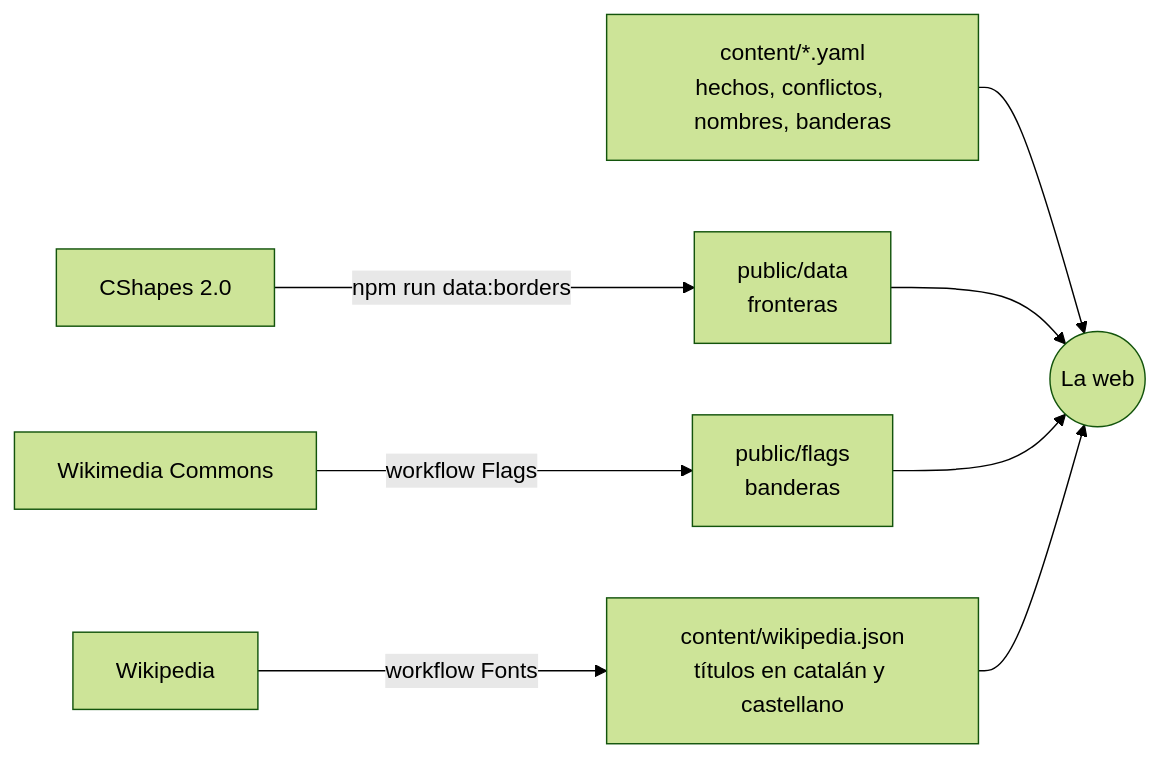
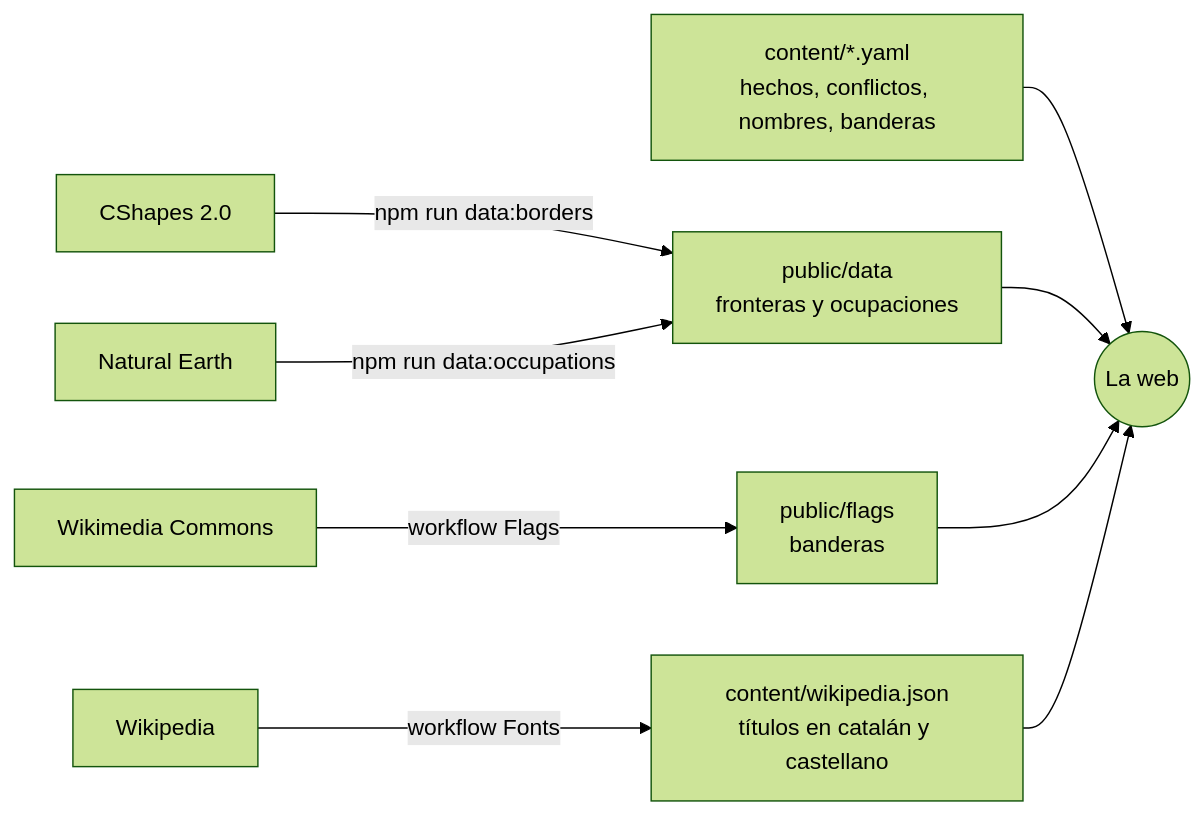
Before and after one commit to ArnauM13/history-map: the diagram in README.es.md, drawn with Mermaid (forest theme). The commit also changed other lines of this file and 67 other files, not shown here.

````diff
--- a/README.es.md
+++ b/README.es.md
@@ -96,10 +99,11 @@
 ```mermaid
 flowchart LR
-  cshapes["CShapes 2.0"] -- "npm run data:borders" --> data["public/data<br/>fronteras"]
+  cshapes["CShapes 2.0"] -- "npm run data:borders" --> data["public/data<br/>fronteras y ocupaciones"]
+  ne["Natural Earth"] -- "npm run data:occupations" --> data
   commons["Wikimedia Commons"] -- "workflow Flags" --> flags["public/flags<br/>banderas"]
   wiki["Wikipedia"] -- "workflow Fonts" --> titles["content/wikipedia.json<br/>títulos en catalán y castellano"]
   yaml["content/*.yaml<br/>hechos, conflictos, nombres, banderas"] --> app(("La web"))
   data --> app
   flags --> app
   titles --> app
 ```
````
